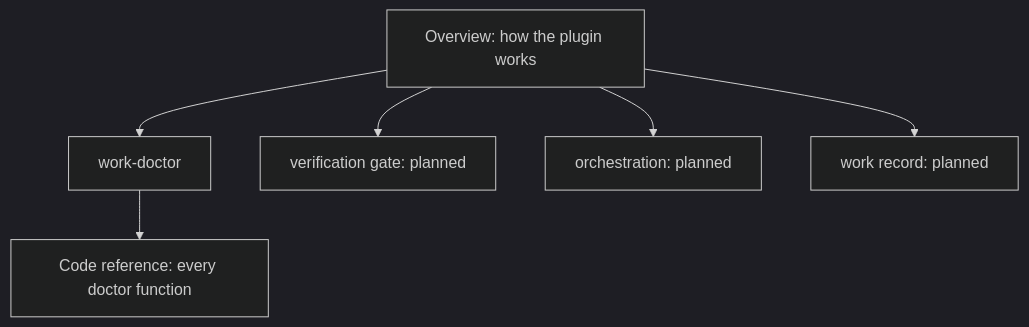
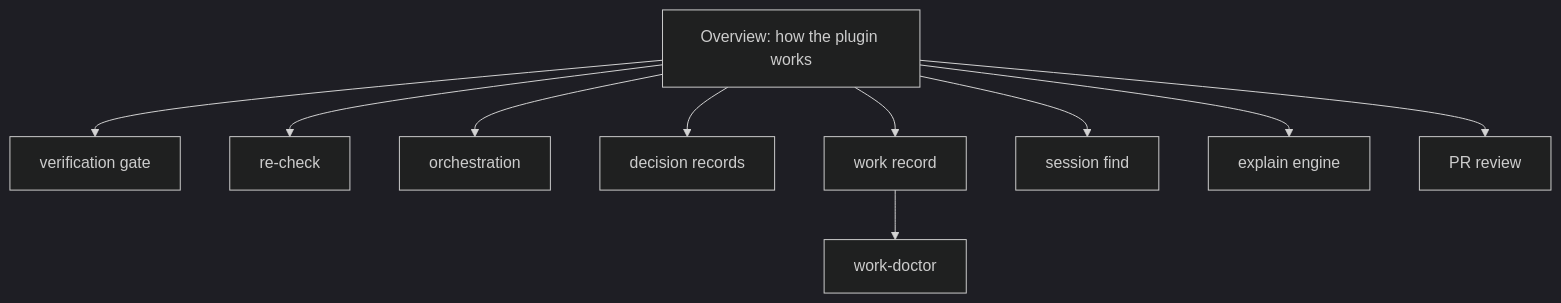
Before and after one commit to gauravprwl14/100x-engineer: the diagram in explain/INDEX.md, drawn with Mermaid (dark theme). The commit also changed other lines of this file and 34 other files, not shown here.

````diff
--- a/explain/INDEX.md
+++ b/explain/INDEX.md
@@ -8,8 +8,12 @@
 ```mermaid
 flowchart TD
-  O[Overview: how the plugin works] --> D[work-doctor]
-  O --> V[verification gate: planned]
-  O --> R[orchestration: planned]
-  O --> W[work record: planned]
-  D --> C[Code reference: every doctor function]
+  O[Overview: how the plugin works] --> G[verification gate]
+  O --> R[re-check]
+  O --> C[orchestration]
+  O --> D[decision records]
+  O --> W[work record]
+  W --> WD[work-doctor]
+  O --> S[session find]
+  O --> E[explain engine]
+  O --> P[PR review]
 ```
````
